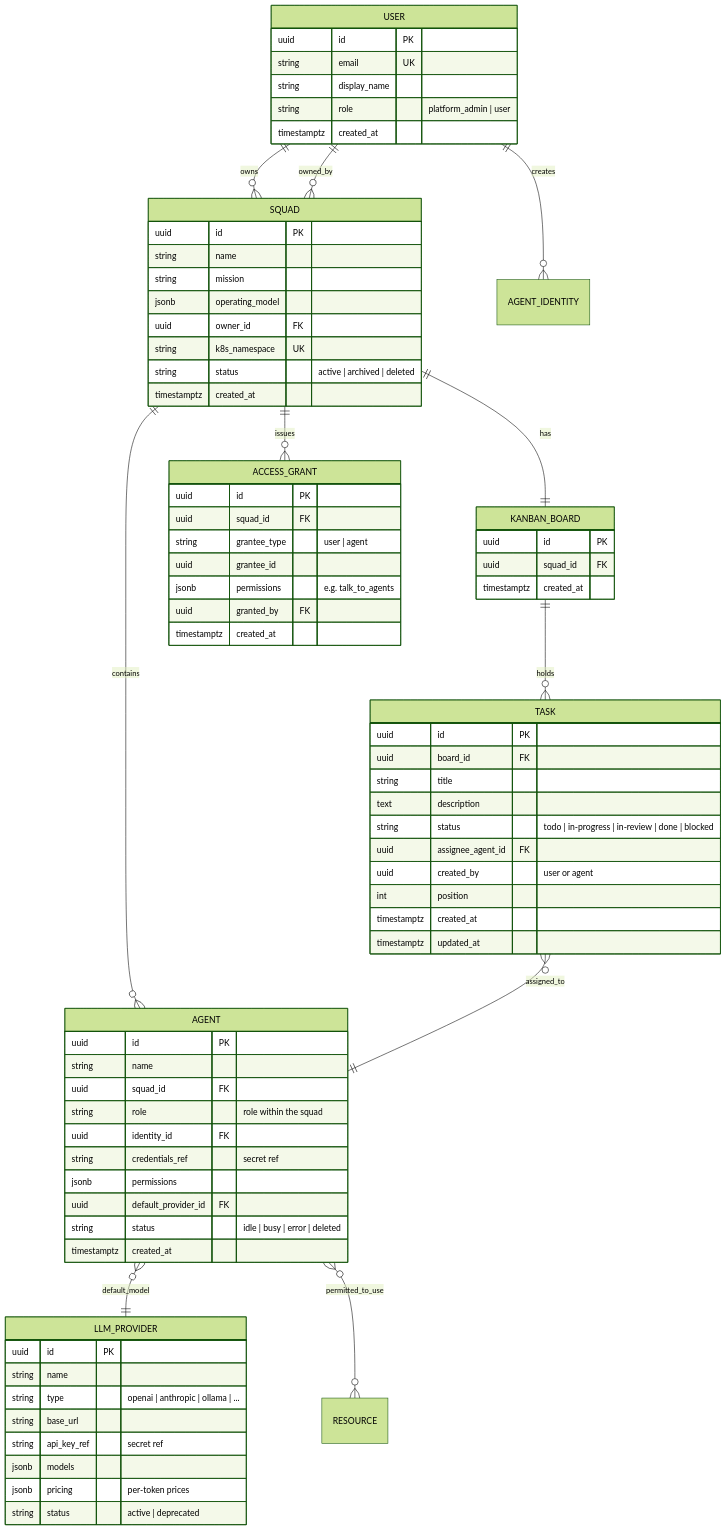
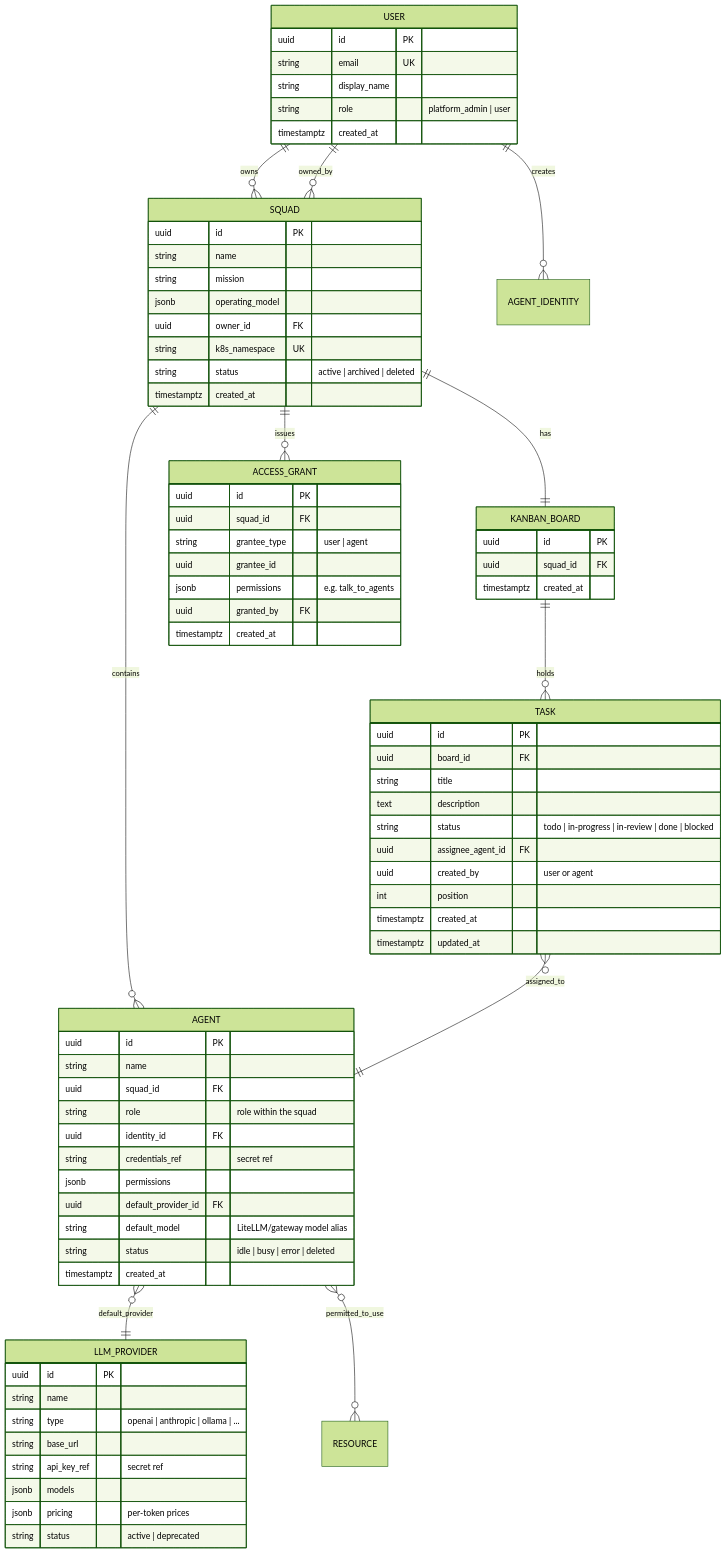
Before and after one commit to christianriconalla-ux/skquad: the diagram in docs/domain-model.md, drawn with Mermaid (forest theme). The commit also changed other lines of this file and 21 other files, not shown here.

Commit message:
Normalize agent model routing contract

````diff
--- a/docs/domain-model.md
+++ b/docs/domain-model.md
@@ -13,79 +13,80 @@
 ```mermaid
 erDiagram
     USER ||--o{ SQUAD : owns
     SQUAD ||--|| KANBAN_BOARD : has
     SQUAD ||--o{ AGENT : contains
     SQUAD ||--o{ ACCESS_GRANT : issues
     KANBAN_BOARD ||--o{ TASK : holds
     TASK }o--|| AGENT : assigned_to
-    AGENT }o--|| LLM_PROVIDER : default_model
+    AGENT }o--|| LLM_PROVIDER : default_provider
     AGENT }o--o{ RESOURCE : permitted_to_use
     USER ||--o{ AGENT_IDENTITY : creates
     SQUAD }o--|| USER : owned_by
 
     USER {
         uuid id PK
         string email UK
         string display_name
         string role "platform_admin | user"
         timestamptz created_at
     }
     SQUAD {
         uuid id PK
         string name
         string mission
         jsonb operating_model
         uuid owner_id FK
         string k8s_namespace UK
         string status "active | archived | deleted"
         timestamptz created_at
     }
     AGENT {
         uuid id PK
         string name
         uuid squad_id FK
         string role "role within the squad"
         uuid identity_id FK
         string credentials_ref "secret ref"
         jsonb permissions
         uuid default_provider_id FK
+        string default_model "LiteLLM/gateway model alias"
         string status "idle | busy | error | deleted"
         timestamptz created_at
     }
     KANBAN_BOARD {
         uuid id PK
         uuid squad_id FK
         timestamptz created_at
     }
     TASK {
         uuid id PK
         uuid board_id FK
         string title
         text description
         string status "todo | in-progress | in-review | done | blocked"
         uuid assignee_agent_id FK
         uuid created_by "user or agent"
         int position
         timestamptz created_at
         timestamptz updated_at
     }
     LLM_PROVIDER {
         uuid id PK
         string name
         string type "openai | anthropic | ollama | ..."
         string base_url
         string api_key_ref "secret ref"
         jsonb models
         jsonb pricing "per-token prices"
         string status "active | deprecated"
     }
     ACCESS_GRANT {
         uuid id PK
         uuid squad_id FK
         string grantee_type "user | agent"
         uuid grantee_id
         jsonb permissions "e.g. talk_to_agents"
         uuid granted_by FK
         timestamptz created_at
     }
 ```
````
